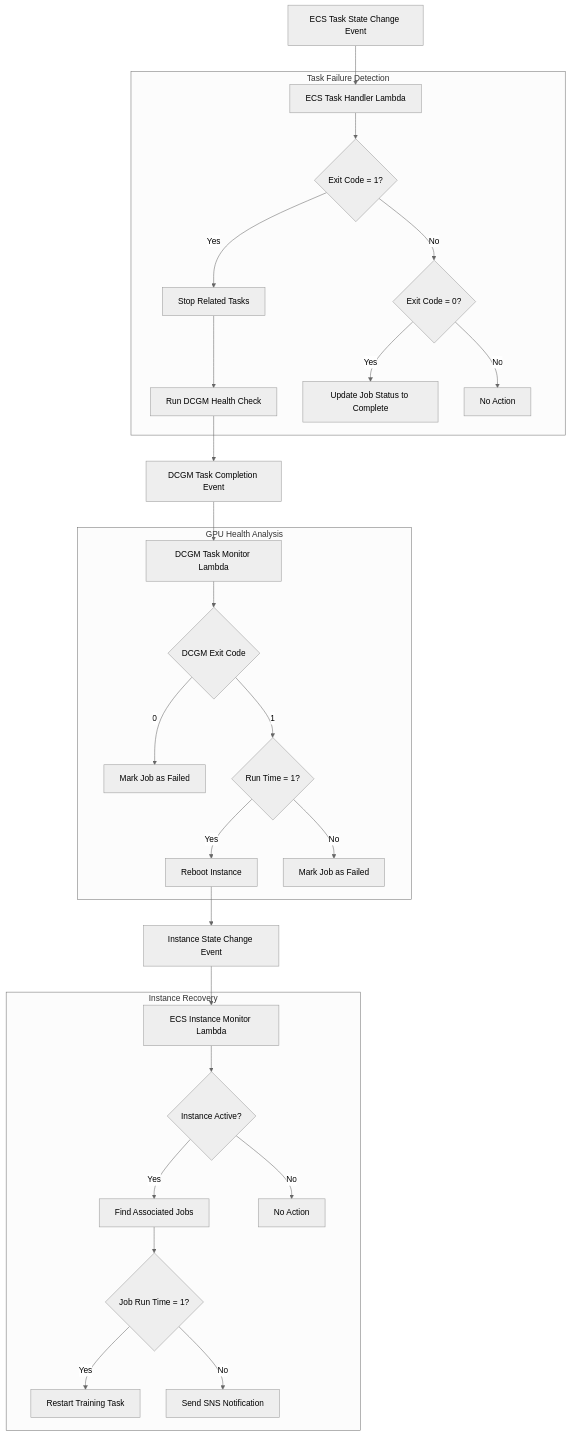
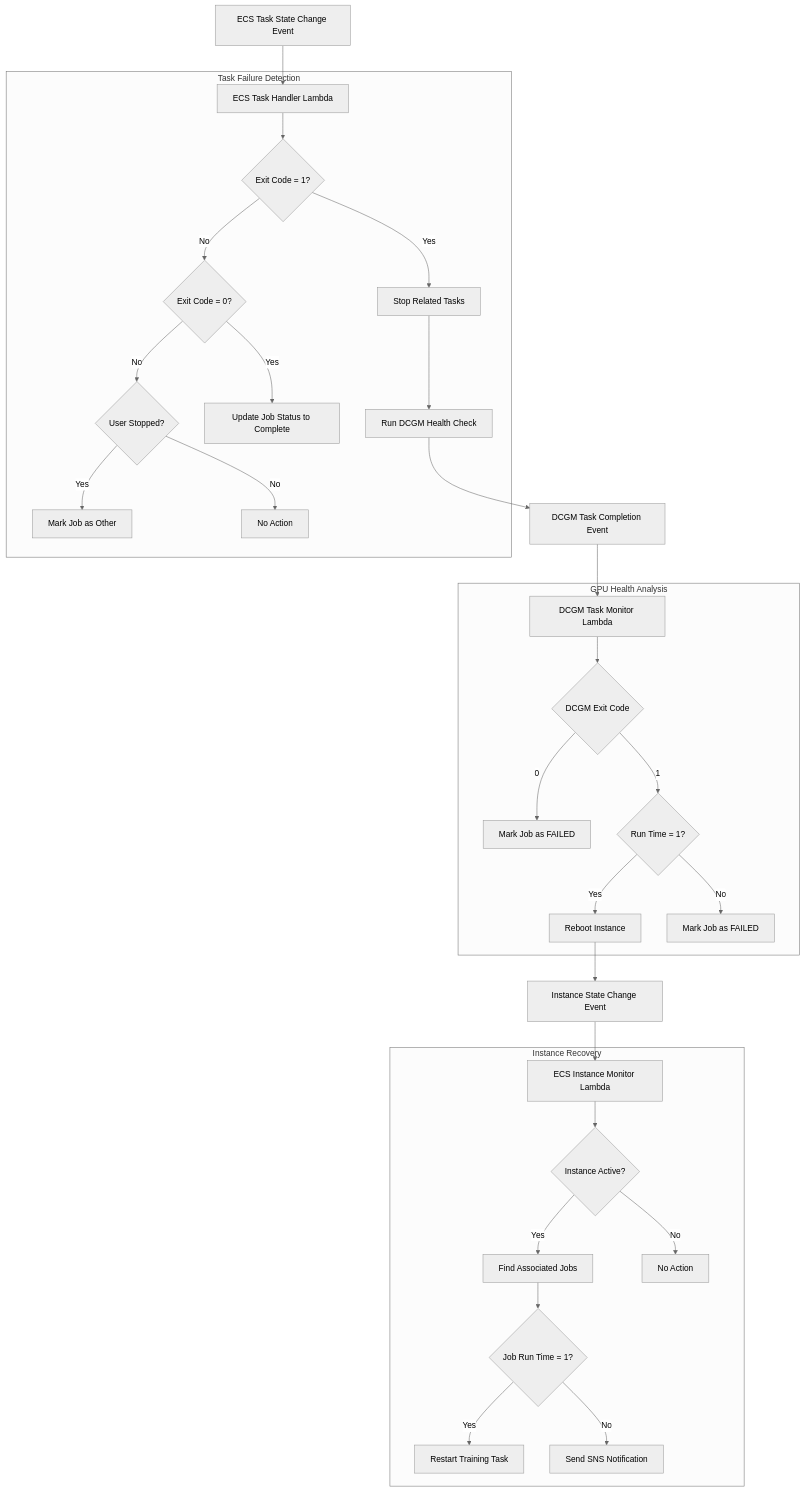
Before and after one commit to yubingjiaocn/ecs-gpu-recovery: the diagram in README.md, drawn with Mermaid (neutral theme). The commit also changed other lines of this file, not shown here.

````diff
--- a/README.md
+++ b/README.md
@@ -48,38 +53,40 @@
 ```mermaid
 flowchart TD
     TaskEvent[ECS Task State Change Event] --> TaskHandler[ECS Task Handler Lambda]
 
     subgraph "Task Failure Detection"
         TaskHandler --> CheckExit{Exit Code = 1?}
         CheckExit -->|Yes| StopTasks[Stop Related Tasks]
         StopTasks --> RunDCGM[Run DCGM Health Check]
         CheckExit -->|No| CheckExit0{Exit Code = 0?}
         CheckExit0 -->|Yes| UpdateComplete[Update Job Status to Complete]
-        CheckExit0 -->|No| NoAction1[No Action]
+        CheckExit0 -->|No| CheckUserStopped{User Stopped?}
+        CheckUserStopped -->|Yes| MarkOther[Mark Job as Other]
+        CheckUserStopped -->|No| NoAction1[No Action]
     end
 
     RunDCGM --> DCGMEvent[DCGM Task Completion Event]
 
     DCGMEvent --> DCGMMonitor[DCGM Task Monitor Lambda]
 
     subgraph "GPU Health Analysis"
         DCGMMonitor --> CheckDCGM{DCGM Exit Code}
-        CheckDCGM -->|0| MarkFailed[Mark Job as Failed]
+        CheckDCGM -->|0| MarkFailed[Mark Job as FAILED]
         CheckDCGM -->|1| CheckRunTime{Run Time = 1?}
         CheckRunTime -->|Yes| RebootInstance[Reboot Instance]
-        CheckRunTime -->|No| MarkJobFailed[Mark Job as Failed]
+        CheckRunTime -->|No| MarkJobFailed[Mark Job as FAILED]
     end
 
     RebootInstance --> InstanceEvent[Instance State Change Event]
 
     InstanceEvent --> InstanceMonitor[ECS Instance Monitor Lambda]
 
     subgraph "Instance Recovery"
         InstanceMonitor --> CheckActive{Instance Active?}
         CheckActive -->|Yes| FindJobs[Find Associated Jobs]
         CheckActive -->|No| NoAction2[No Action]
         FindJobs --> CheckJobRunTime{Job Run Time = 1?}
         CheckJobRunTime -->|Yes| RestartTask[Restart Training Task]
         CheckJobRunTime -->|No| SendNotif[Send SNS Notification]
     end
 ```
````
